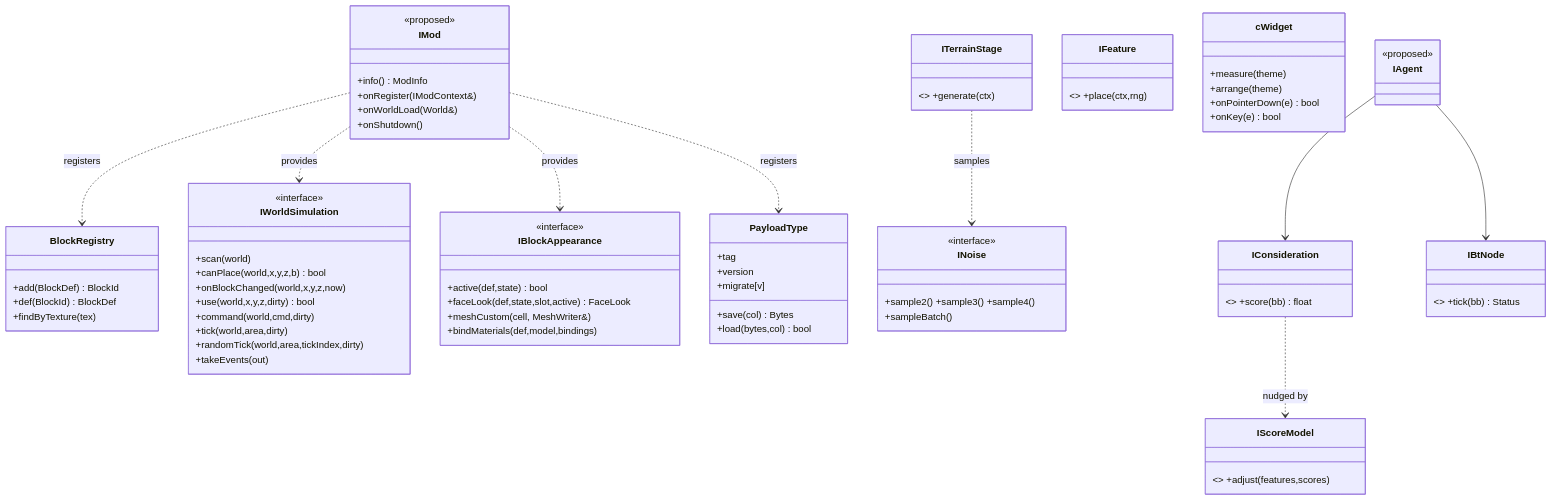
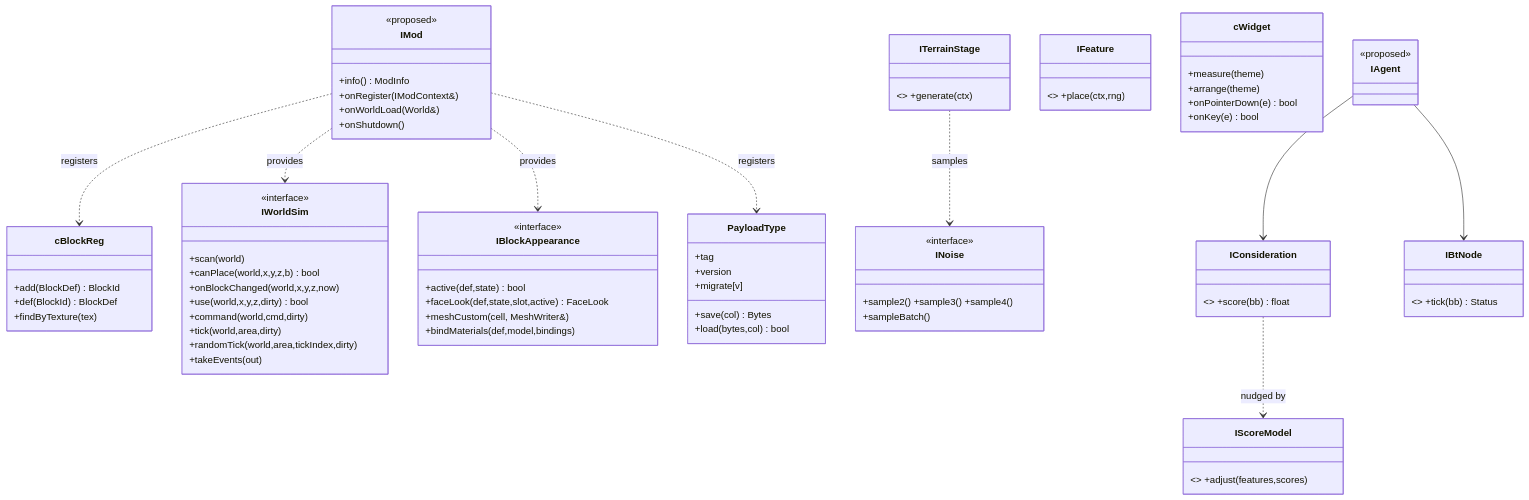
One commit to wetwaferworks/LithoKraft changed the third of 3 diagrams in docs/SDK.md. Above: the diagram before and after it, drawn with Mermaid. The commit also changed other lines of this file and 177 other files, not shown here.

````diff
--- a/docs/SDK.md
+++ b/docs/SDK.md
@@ -234,65 +234,65 @@
 ```mermaid
 classDiagram
   class IMod {
     <<proposed>>
     +info() ModInfo
     +onRegister(IModContext&)
     +onWorldLoad(World&)
     +onShutdown()
   }
-  class BlockRegistry {
+  class cBlockReg {
     +add(BlockDef) BlockId
     +def(BlockId) BlockDef
     +findByTexture(tex)
   }
-  class IWorldSimulation {
+  class IWorldSim {
     <<interface>>
     +scan(world)
     +canPlace(world,x,y,z,b) bool
     +onBlockChanged(world,x,y,z,now)
     +use(world,x,y,z,dirty) bool
     +command(world,cmd,dirty)
     +tick(world,area,dirty)
     +randomTick(world,area,tickIndex,dirty)
     +takeEvents(out)
   }
   class IBlockAppearance {
     <<interface>>
     +active(def,state) bool
     +faceLook(def,state,slot,active) FaceLook
     +meshCustom(cell, MeshWriter&)
     +bindMaterials(def,model,bindings)
   }
   class INoise {
     <<interface>>
     +sample2() +sample3() +sample4()
     +sampleBatch()
   }
   class ITerrainStage { <<interface>> +generate(ctx) }
   class IFeature { <<interface>> +place(ctx,rng) }
   class PayloadType {
     +tag
     +version
     +save(col) Bytes
     +load(bytes,col) bool
     +migrate[v]
   }
   class cWidget {
     +measure(theme)
     +arrange(theme)
     +onPointerDown(e) bool
     +onKey(e) bool
   }
   class IAgent { <<proposed>> }
   class IConsideration { <<proposed>> +score(bb) float }
   class IBtNode { <<proposed>> +tick(bb) Status }
   class IScoreModel { <<proposed>> +adjust(features,scores) }
-  IMod ..> BlockRegistry : registers
-  IMod ..> IWorldSimulation : provides
+  IMod ..> cBlockReg : registers
+  IMod ..> IWorldSim : provides
   IMod ..> IBlockAppearance : provides
   IMod ..> PayloadType : registers
   ITerrainStage ..> INoise : samples
   IAgent --> IConsideration
   IAgent --> IBtNode
   IConsideration ..> IScoreModel : nudged by
 ```
````
